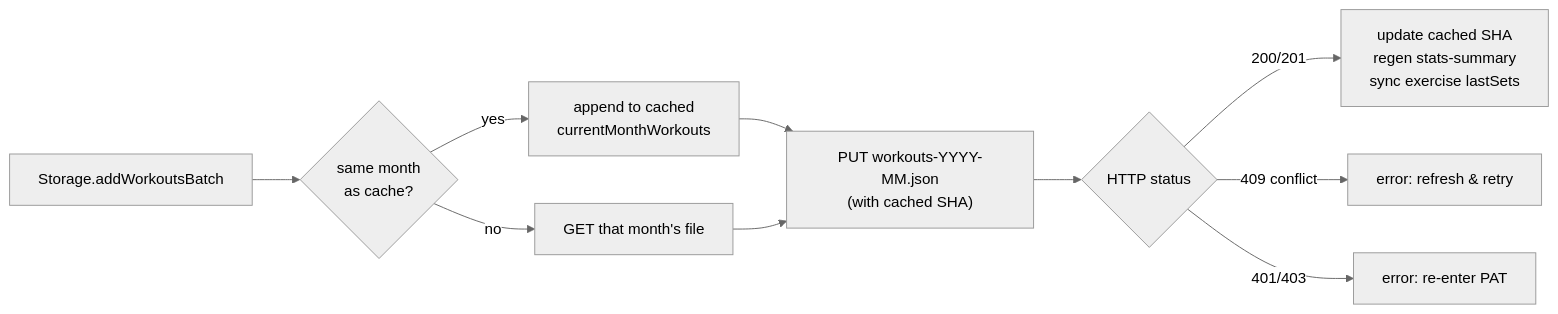
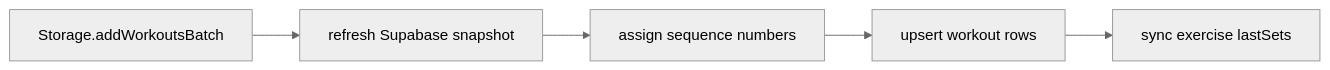
One commit to MinoPlay/ProgressiveOverload changed the fourth of 5 diagrams in Doc/system-design.md. Above: the diagram before and after it, drawn with Mermaid (neutral theme). The commit also changed other lines of this file and 18 other files, not shown here.

````diff
--- a/Doc/system-design.md
+++ b/Doc/system-design.md
@@ -260,12 +242,7 @@
 ```mermaid
 flowchart LR
-    A["Storage.addWorkoutsBatch"] --> B{"same month<br/>as cache?"}
-    B -- yes --> C["append to cached<br/>currentMonthWorkouts"]
-    B -- no --> D["GET that month's file"]
-    C --> E["PUT workouts-YYYY-MM.json<br/>(with cached SHA)"]
-    D --> E
-    E --> F{"HTTP status"}
-    F -- "200/201" --> G["update cached SHA<br/>regen stats-summary<br/>sync exercise lastSets"]
-    F -- "409 conflict" --> H["error: refresh & retry"]
-    F -- "401/403" --> I["error: re-enter PAT"]
+    A["Storage.addWorkoutsBatch"] --> B["refresh Supabase snapshot"]
+    B --> C["assign sequence numbers"]
+    C --> D["upsert workout rows"]
+    D --> E["sync exercise lastSets"]
 ```
````
